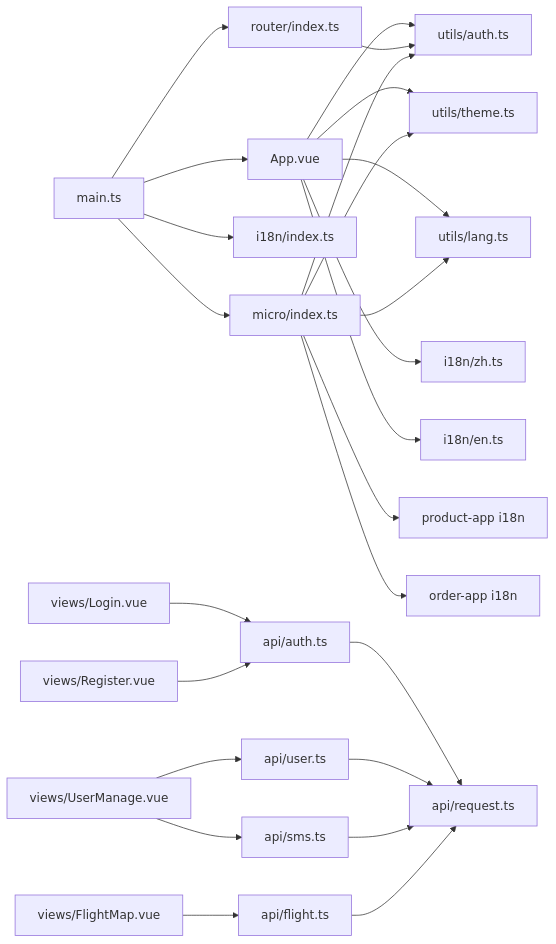
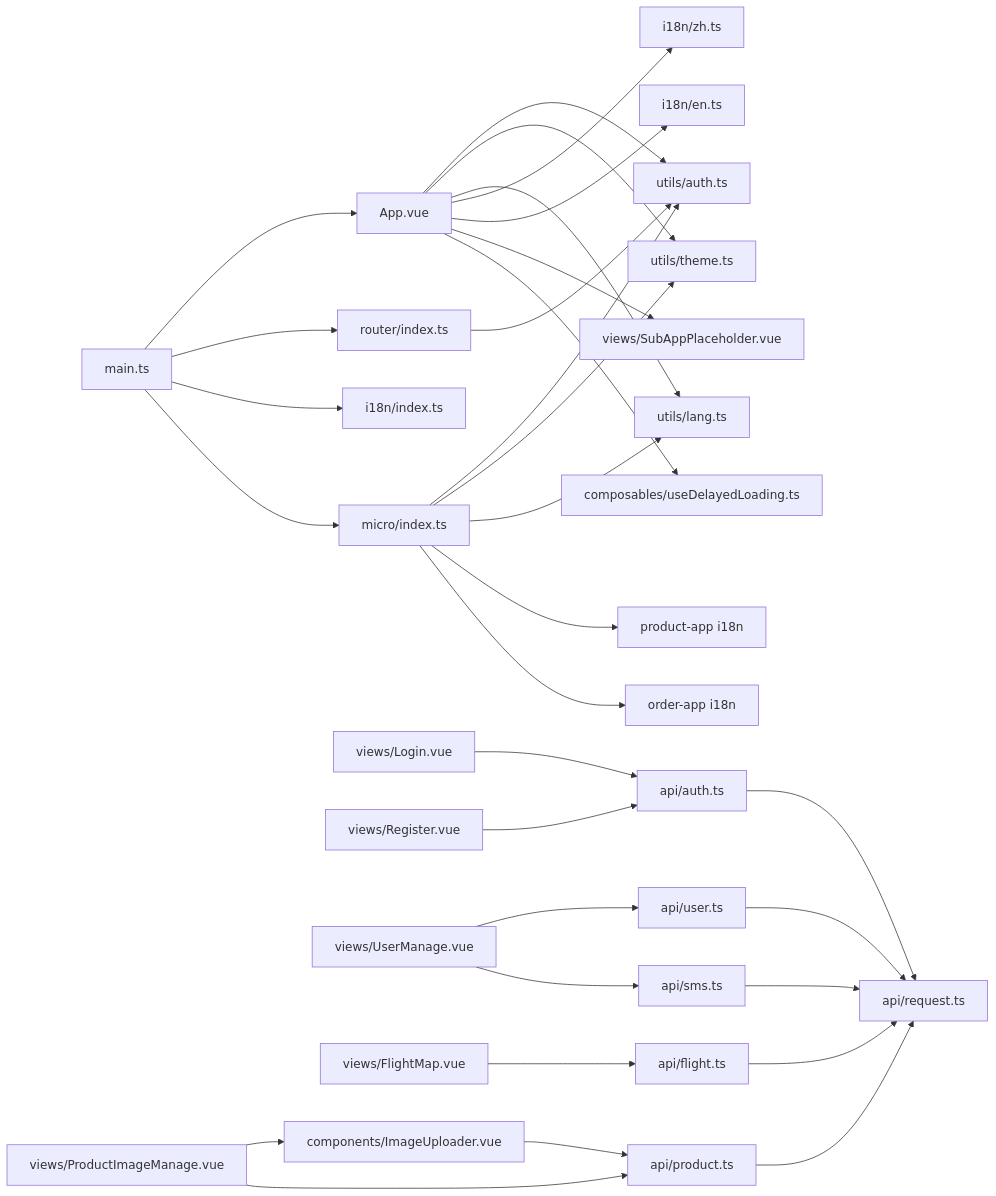
Before and after one commit to haohailiang/qoder-fullstack: diagram 13 of 13 in .qoder/repowiki/zh/content/前端架构设计/主应用(base-app).md, drawn with Mermaid. The commit also changed other lines of this file and 33 other files, not shown here.

````diff
--- a/.qoder/repowiki/zh/content/前端架构设计/主应用(base-app).md
+++ b/.qoder/repowiki/zh/content/前端架构设计/主应用(base-app).md
@@ -468,27 +580,33 @@
 ```mermaid
 graph LR
 main_ts["main.ts"] --> app_vue["App.vue"]
 main_ts --> router_idx["router/index.ts"]
 main_ts --> i18n_idx["i18n/index.ts"]
 main_ts --> micro_idx["micro/index.ts"]
 app_vue --> utils_auth["utils/auth.ts"]
 app_vue --> utils_theme["utils/theme.ts"]
 app_vue --> utils_lang["utils/lang.ts"]
 app_vue --> i18n_zh["i18n/zh.ts"]
 app_vue --> i18n_en["i18n/en.ts"]
 router_idx --> utils_auth
 views_login["views/Login.vue"] --> api_auth["api/auth.ts"]
 views_register["views/Register.vue"] --> api_auth
 views_usermanage["views/UserManage.vue"] --> api_user["api/user.ts"]
 views_usermanage --> api_sms["api/sms.ts"]
 views_flightmap["views/FlightMap.vue"] --> api_flight["api/flight.ts"]
+views_product_images["views/ProductImageManage.vue"] --> components_uploader["components/ImageUploader.vue"]
+views_product_images --> api_product["api/product.ts"]
+components_uploader --> api_product
+app_vue --> views_placeholder["views/SubAppPlaceholder.vue"]
+app_vue --> composables_loading["composables/useDelayedLoading.ts"]
 api_auth --> api_request["api/request.ts"]
 api_user --> api_request
 api_sms --> api_request
 api_flight --> api_request
+api_product --> api_request
 micro_idx --> utils_auth
 micro_idx --> utils_theme
 micro_idx --> utils_lang
 micro_idx --> sub_product["product-app i18n"]
 micro_idx --> sub_order["order-app i18n"]
 ```
````
